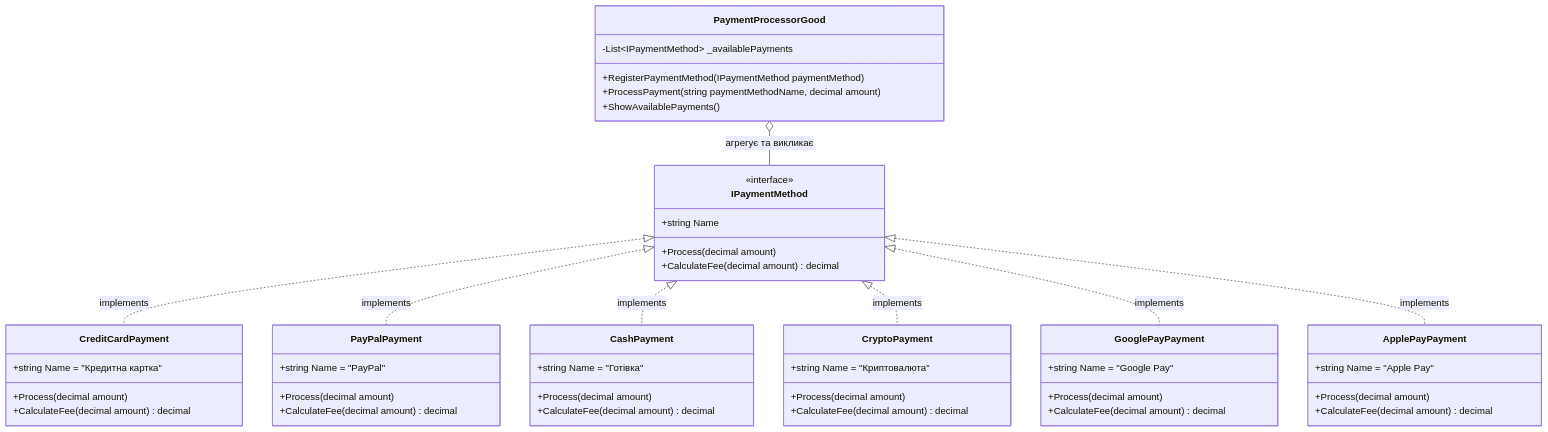
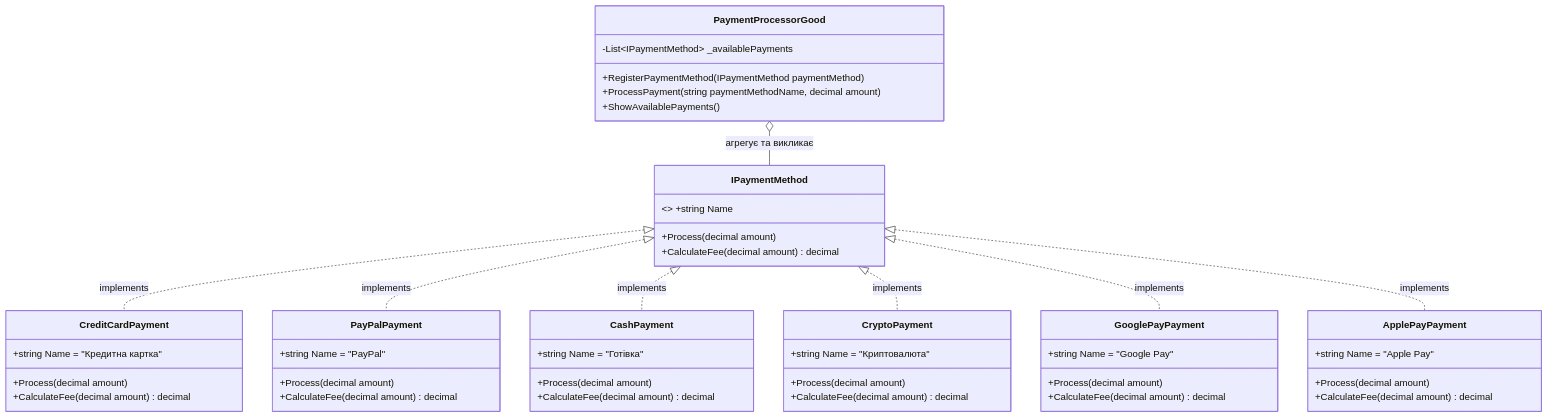
Before and after one commit to MrTomkaYurii/CSharp-OOP-Mastery: the third of 4 diagrams in 08-Architecture-And-Patterns/01-SOLID-Principles/OOP - SOLID/O/README.md, drawn with Mermaid. The commit also changed other lines of this file and 246 other files, not shown here.

Commit message:
feat(architecture): restructure 08 around SOLID, Generic Host (Config & Logging), DI, AutoMapper, Spectre.Console and 3-tier EF Core app

````diff
--- a/08-Architecture-And-Patterns/01-SOLID-Principles/OOP - SOLID/O/README.md
+++ b/08-Architecture-And-Patterns/01-SOLID-Principles/OOP - SOLID/O/README.md
@@ -163,61 +163,60 @@
 ```mermaid
 classDiagram
     class IPaymentMethod {
-        <<interface>>
-        +string Name
+        <<interface>> +string Name
         +Process(decimal amount)
         +CalculateFee(decimal amount) decimal
     }
 
     class CreditCardPayment {
         +string Name = "Кредитна картка"
         +Process(decimal amount)
         +CalculateFee(decimal amount) decimal
     }
 
     class PayPalPayment {
         +string Name = "PayPal"
         +Process(decimal amount)
         +CalculateFee(decimal amount) decimal
     }
 
     class CashPayment {
         +string Name = "Готівка"
         +Process(decimal amount)
         +CalculateFee(decimal amount) decimal
     }
 
     class CryptoPayment {
         +string Name = "Криптовалюта"
         +Process(decimal amount)
         +CalculateFee(decimal amount) decimal
     }
 
     class GooglePayPayment {
         +string Name = "Google Pay"
         +Process(decimal amount)
         +CalculateFee(decimal amount) decimal
     }
 
     class ApplePayPayment {
         +string Name = "Apple Pay"
         +Process(decimal amount)
         +CalculateFee(decimal amount) decimal
     }
 
     class PaymentProcessorGood {
         -List~IPaymentMethod~ _availablePayments
         +RegisterPaymentMethod(IPaymentMethod paymentMethod)
         +ProcessPayment(string paymentMethodName, decimal amount)
         +ShowAvailablePayments()
     }
 
     IPaymentMethod <|.. CreditCardPayment : implements
     IPaymentMethod <|.. PayPalPayment : implements
     IPaymentMethod <|.. CashPayment : implements
     IPaymentMethod <|.. CryptoPayment : implements
     IPaymentMethod <|.. GooglePayPayment : implements
     IPaymentMethod <|.. ApplePayPayment : implements
 
     PaymentProcessorGood o-- IPaymentMethod : агрегує та викликає
 ```
````
